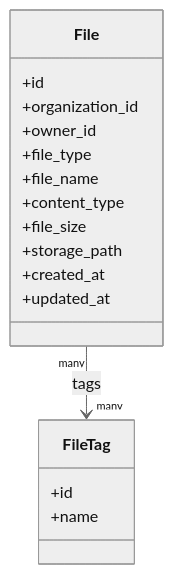
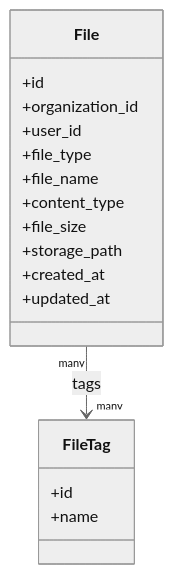
One commit to pucardotorg/dristi-be changed the first of 3 diagrams in spec/0012-file-storage-service.md. Above: the diagram before and after it, drawn with Mermaid (neutral theme). The commit also changed other lines of this file, not shown here.

Commit message:
Updated key owner_id to user_id for keeping it simple as per project standard

````diff
--- a/spec/0012-file-storage-service.md
+++ b/spec/0012-file-storage-service.md
@@ -50,22 +50,22 @@
 ```mermaid
 classDiagram
     class File {
         +id
         +organization_id
-        +owner_id
+        +user_id
         +file_type
         +file_name
         +content_type
         +file_size
         +storage_path
         +created_at
         +updated_at
     }
 
     class FileTag {
         +id
         +name
     }
 
     File "many" --> "many" FileTag : tags
 ```
````
